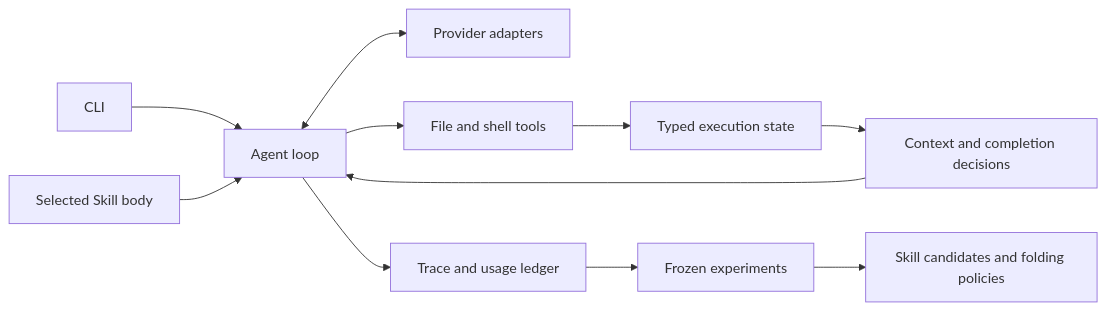
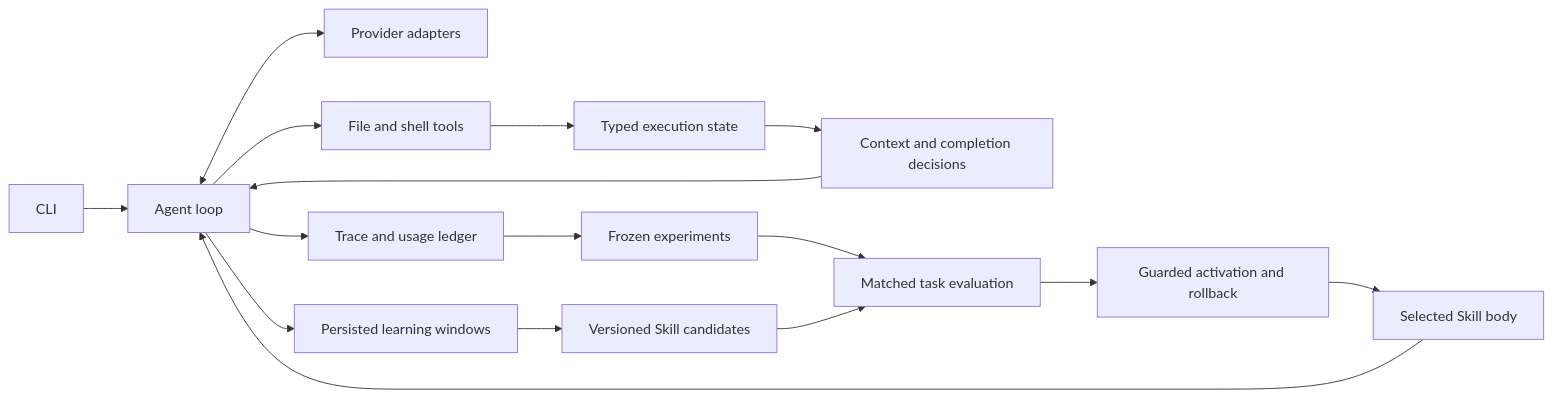
One commit to Sanssssssssssssssss/long-horizon-coding-harness changed the diagram in docs/architecture.md. Above: the diagram before and after it, drawn with Mermaid. The commit also changed other lines of this file and 22 other files, not shown here.

Commit message:
feat: persist Skill learning and recover folded history

````diff
--- a/docs/architecture.md
+++ b/docs/architecture.md
@@ -5,13 +5,18 @@
 ```mermaid
 flowchart LR
     CLI[CLI] --> Agent[Agent loop]
     Agent <--> Model[Provider adapters]
     Agent --> Tools[File and shell tools]
     Tools --> State[Typed execution state]
     State --> Context[Context and completion decisions]
     Context --> Agent
     Skills[Selected Skill body] --> Agent
     Agent --> Trace[Trace and usage ledger]
     Trace --> Research[Frozen experiments]
-    Research --> Candidates[Skill candidates and folding policies]
+    Agent --> Learning[Persisted learning windows]
+    Learning --> Candidates[Versioned Skill candidates]
+    Research --> Evaluation[Matched task evaluation]
+    Candidates --> Evaluation
+    Evaluation --> Activation[Guarded activation and rollback]
+    Activation --> Skills
 ```
````
